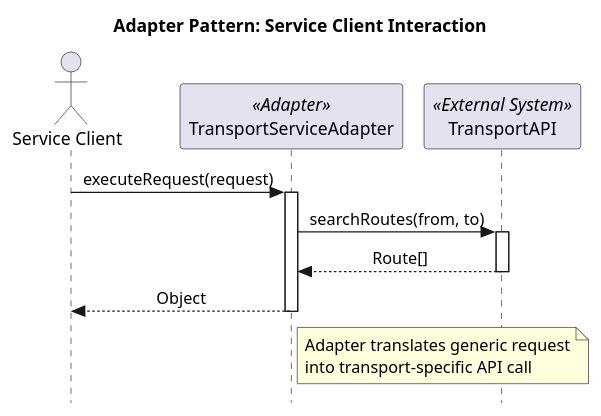
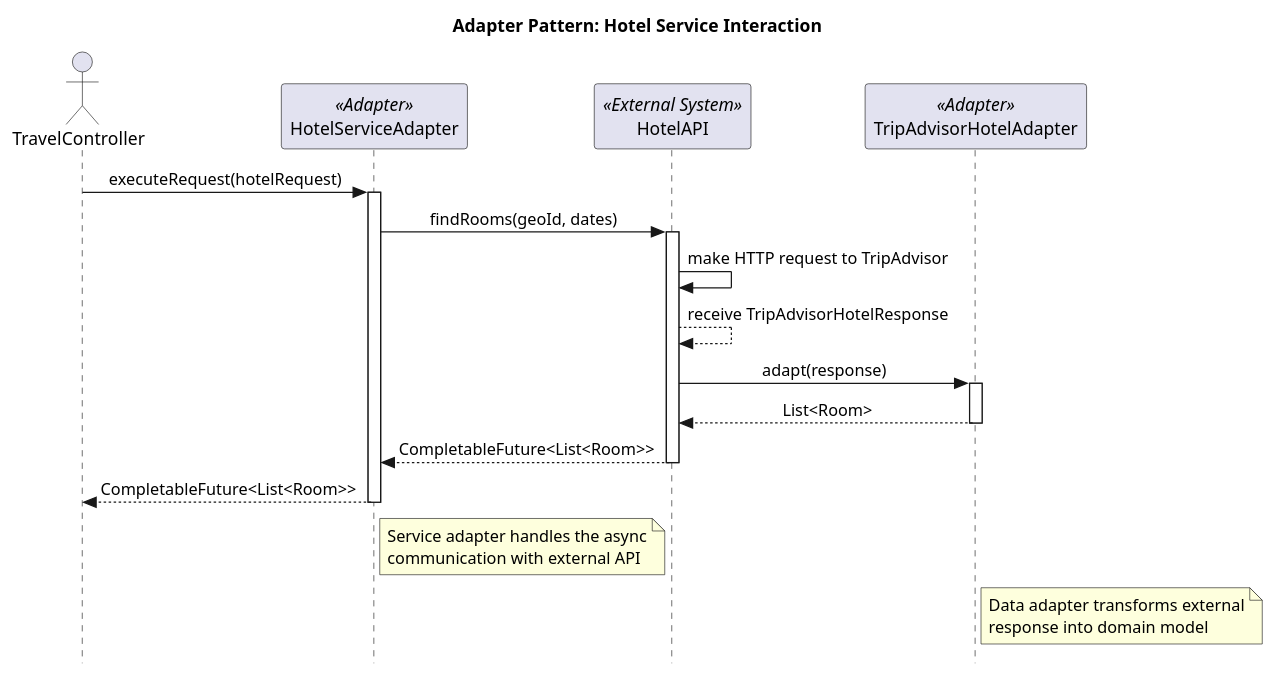
Before and after one commit to AIM-ENE-feb25/triptop-groep-b1: the diagram in software-guidebook/sequence-diagram/adapter-sequence.diagram.puml, drawn with PlantUML. The commit also changed 1 other file, not shown here.

Commit message:
refactor: updated sequence diagram for adapter pattern

```diff
--- a/software-guidebook/sequence-diagram/adapter-sequence.diagram.puml
+++ b/software-guidebook/sequence-diagram/adapter-sequence.diagram.puml
@@ -1,28 +1,43 @@
 @startuml "Adapter Pattern Sequence Diagram"
 
 skinparam sequenceMessageAlign center
 skinparam style strictuml
 
-title "Adapter Pattern: Service Client Interaction"
+title "Adapter Pattern: Hotel Service Interaction"
 
-actor "Service Client" as client
-participant "TransportServiceAdapter" as adapter <<Adapter>>
-participant "TransportAPI" as api <<External System>>
+actor "TravelController" as controller
+participant "HotelServiceAdapter" as serviceAdapter <<Adapter>>
+participant "HotelAPI" as api <<External System>>
+participant "TripAdvisorHotelAdapter" as dataAdapter <<Adapter>>
 
-client -> adapter: executeRequest(request)
-activate adapter
+controller -> serviceAdapter: executeRequest(hotelRequest)
+activate serviceAdapter
 
-adapter -> api: searchRoutes(from, to)
+serviceAdapter -> api: findRooms(geoId, dates)
 activate api
-api --> adapter: Route[]
+
+api -> api: make HTTP request to TripAdvisor
+api --> api: receive TripAdvisorHotelResponse
+
+api -> dataAdapter: adapt(response)
+activate dataAdapter
+dataAdapter --> api: List<Room>
+deactivate dataAdapter
+
+api --> serviceAdapter: CompletableFuture<List<Room>>
 deactivate api
 
-adapter --> client: Object
-deactivate adapter
+serviceAdapter --> controller: CompletableFuture<List<Room>>
+deactivate serviceAdapter
 
-note right of adapter
-  Adapter translates generic request
-  into transport-specific API call
+note right of serviceAdapter
+  Service adapter handles the async
+  communication with external API
+end note
+
+note right of dataAdapter
+  Data adapter transforms external
+  response into domain model
 end note
 
 @enduml
```
